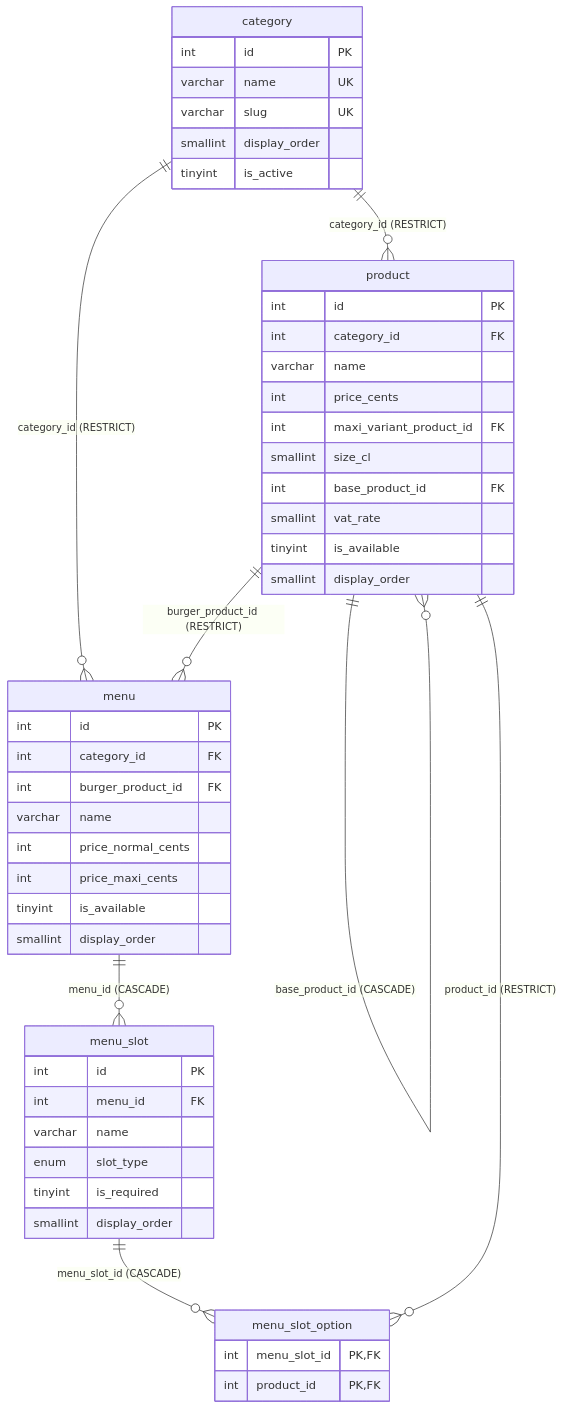
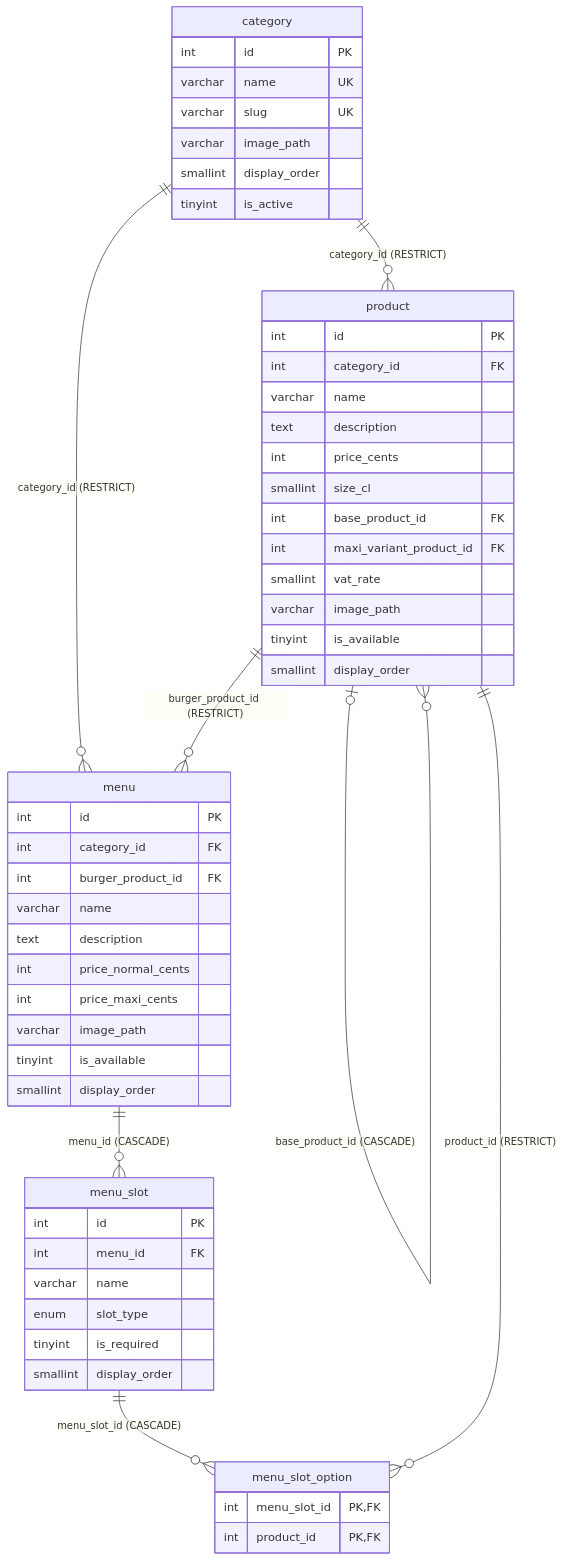
The first of 4 diagrams in docs/merise/mld.md (AcadeNice/wakdo_corentin), drawn with Mermaid before and after one commit. The commit also changed other lines of this file and 30 other files, not shown here.

````diff
--- a/docs/merise/mld.md
+++ b/docs/merise/mld.md
@@ -114,53 +117,58 @@
 ```mermaid
 erDiagram
     category {
         int id PK
         varchar name UK
         varchar slug UK
+        varchar image_path
         smallint display_order
         tinyint is_active
     }
     product {
         int id PK
         int category_id FK
         varchar name
+        text description
         int price_cents
-        int maxi_variant_product_id FK
         smallint size_cl
         int base_product_id FK
+        int maxi_variant_product_id FK
         smallint vat_rate
+        varchar image_path
         tinyint is_available
         smallint display_order
     }
     menu {
         int id PK
         int category_id FK
         int burger_product_id FK
         varchar name
+        text description
         int price_normal_cents
         int price_maxi_cents
+        varchar image_path
         tinyint is_available
         smallint display_order
     }
     menu_slot {
         int id PK
         int menu_id FK
         varchar name
         enum slot_type
         tinyint is_required
         smallint display_order
     }
     menu_slot_option {
         int menu_slot_id PK,FK
         int product_id PK,FK
     }
 
     category ||--o{ product : "category_id (RESTRICT)"
     category ||--o{ menu : "category_id (RESTRICT)"
     product ||--o{ menu : "burger_product_id (RESTRICT)"
-    product ||--o{ product : "maxi_variant_product_id (SET NULL)"
-    product ||--o{ product : "base_product_id (CASCADE)"
+    product |o--o{ product : "maxi_variant_product_id (SET NULL, nullable)"
+    product |o--o{ product : "base_product_id (CASCADE)"
     menu ||--o{ menu_slot : "menu_id (CASCADE)"
     menu_slot ||--o{ menu_slot_option : "menu_slot_id (CASCADE)"
     product ||--o{ menu_slot_option : "product_id (RESTRICT)"
 ```
````
